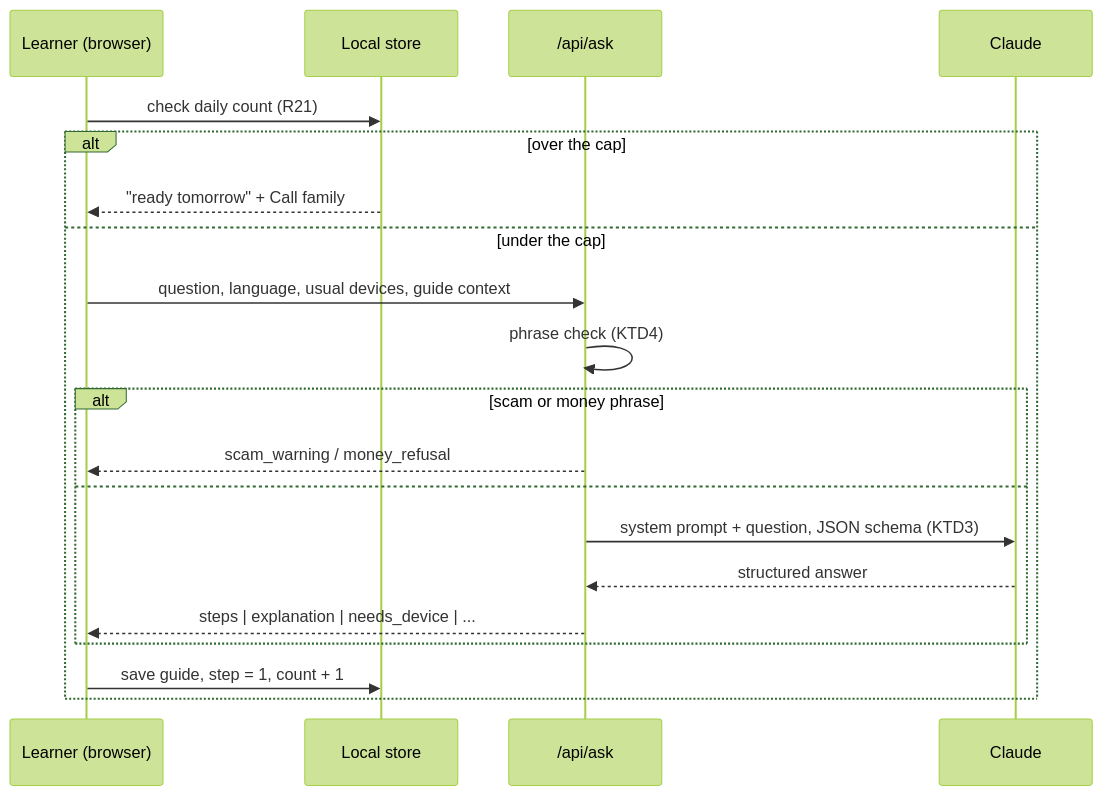
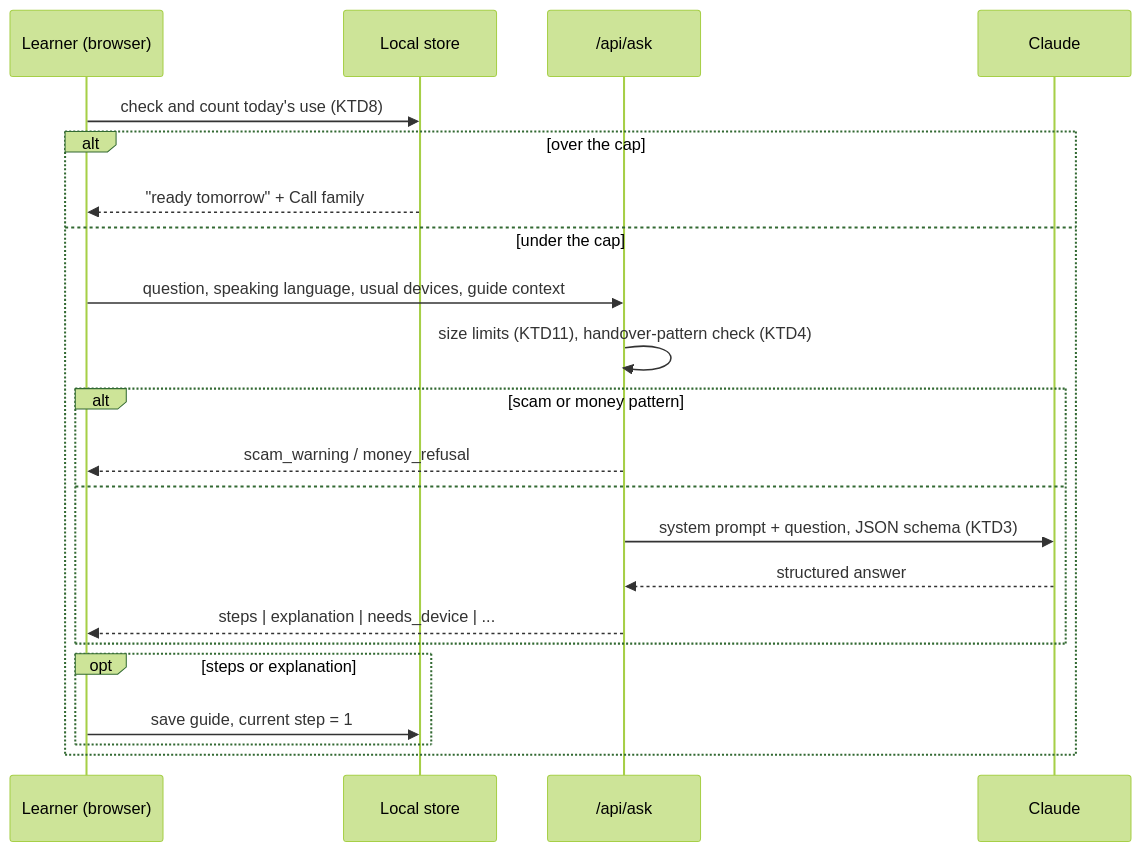
Before and after one commit to venyajhunjhunwala2028-dev/my-app: the first of 2 diagrams in docs/plans/2026-10-22-1207-feat-step-by-step-tech-helper-plan.md, drawn with Mermaid (forest theme). The commit also changed other lines of this file, not shown here.

````diff
--- a/docs/plans/2026-10-22-1207-feat-step-by-step-tech-helper-plan.md
+++ b/docs/plans/2026-10-22-1207-feat-step-by-step-tech-helper-plan.md
@@ -175,22 +177,24 @@
 ```mermaid
 sequenceDiagram
   participant L as Learner (browser)
   participant S as Local store
   participant A as /api/ask
   participant C as Claude
-  L->>S: check daily count (R21)
+  L->>S: check and count today's use (KTD8)
   alt over the cap
     S-->>L: "ready tomorrow" + Call family
   else under the cap
-    L->>A: question, language, usual devices, guide context
-    A->>A: phrase check (KTD4)
-    alt scam or money phrase
+    L->>A: question, speaking language, usual devices, guide context
+    A->>A: size limits (KTD11), handover-pattern check (KTD4)
+    alt scam or money pattern
       A-->>L: scam_warning / money_refusal
     else
       A->>C: system prompt + question, JSON schema (KTD3)
       C-->>A: structured answer
       A-->>L: steps | explanation | needs_device | ...
     end
-    L->>S: save guide, step = 1, count + 1
+    opt steps or explanation
+      L->>S: save guide, current step = 1
+    end
   end
 ```
````
